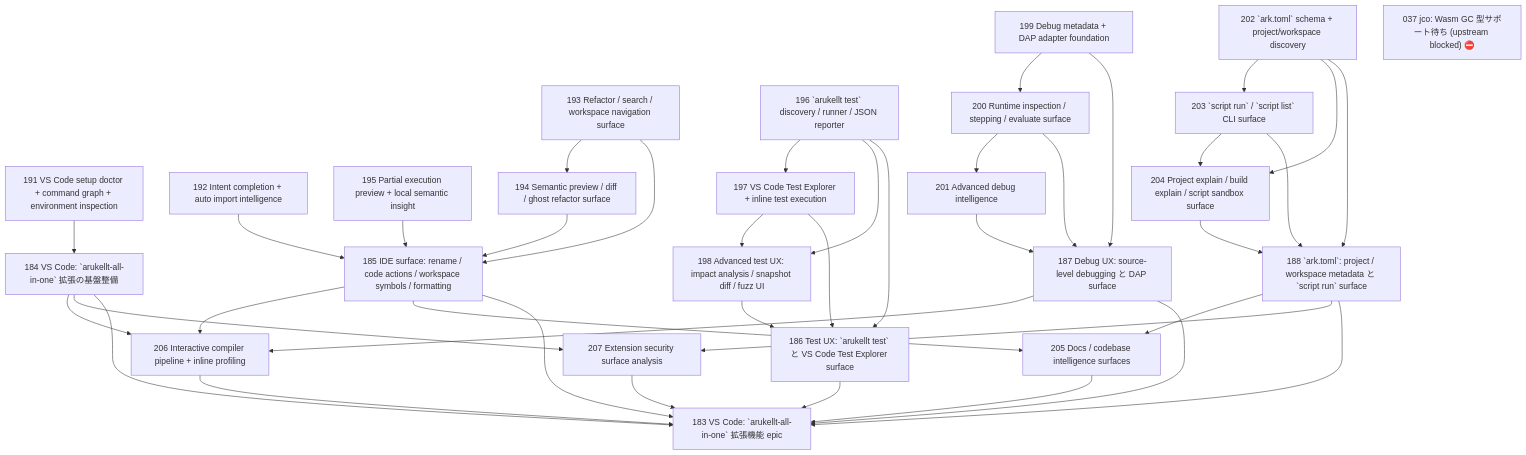
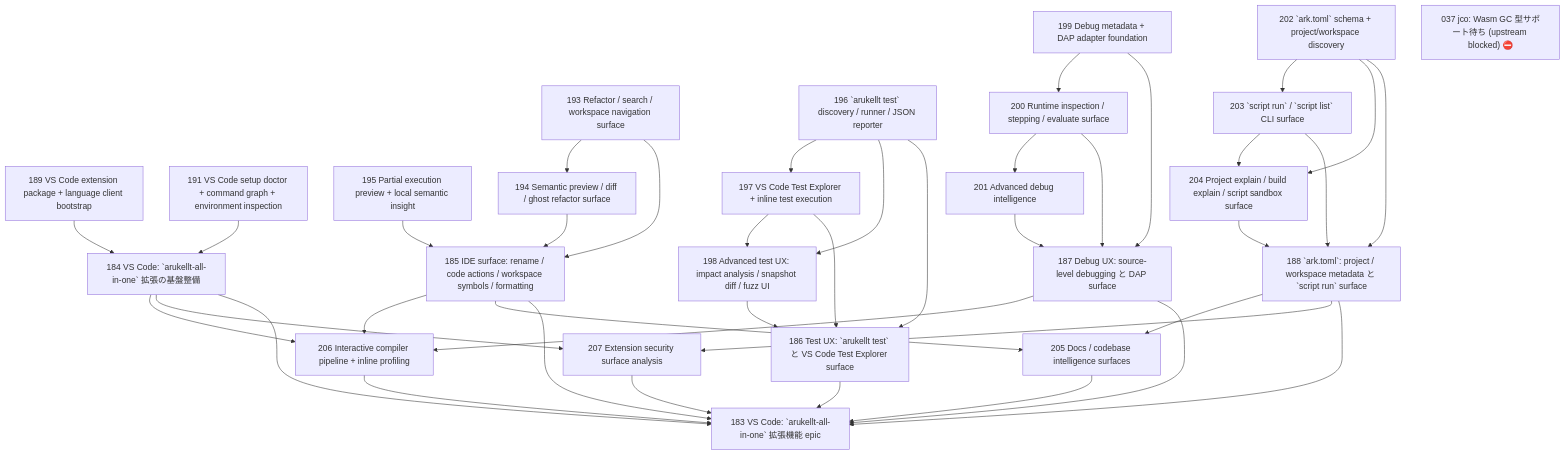
One commit to wogikaze/arukellt changed the diagram in issues/open/dependency-graph.md. Above: the diagram before and after it, drawn with Mermaid. The commit also changed other lines of this file and 4 other files, not shown here.

First line of the commit message:
feat(192): improve LSP completion relevance and import hints

````diff
--- a/issues/open/dependency-graph.md
+++ b/issues/open/dependency-graph.md
@@ -7,65 +7,65 @@
 ```mermaid
 graph TD
+  I189["189 VS Code extension package + language client bootstrap"]
   I191["191 VS Code setup doctor + command graph + environment inspection"]
-  I192["192 Intent completion + auto import intelligence"]
   I193["193 Refactor / search / workspace navigation surface"]
   I195["195 Partial execution preview + local semantic insight"]
   I196["196 `arukellt test` discovery / runner / JSON reporter"]
   I199["199 Debug metadata + DAP adapter foundation"]
   I202["202 `ark.toml` schema + project/workspace discovery"]
   I184["184 VS Code: `arukellt-all-in-one` 拡張の基盤整備"]
   I194["194 Semantic preview / diff / ghost refactor surface"]
   I197["197 VS Code Test Explorer + inline test execution"]
   I200["200 Runtime inspection / stepping / evaluate surface"]
   I203["203 `script run` / `script list` CLI surface"]
   I185["185 IDE surface: rename / code actions / workspace symbols / formatting"]
   I198["198 Advanced test UX: impact analysis / snapshot diff / fuzz UI"]
   I201["201 Advanced debug intelligence"]
   I204["204 Project explain / build explain / script sandbox surface"]
   I186["186 Test UX: `arukellt test` と VS Code Test Explorer surface"]
   I187["187 Debug UX: source-level debugging と DAP surface"]
   I188["188 `ark.toml`: project / workspace metadata と `script run` surface"]
   I206["206 Interactive compiler pipeline + inline profiling"]
   I205["205 Docs / codebase intelligence surfaces"]
   I207["207 Extension security surface analysis"]
   I183["183 VS Code: `arukellt-all-in-one` 拡張機能 epic"]
   I037["037 jco: Wasm GC 型サポート待ち (upstream blocked) ⛔"]
+  I189 --> I184
   I191 --> I184
   I193 --> I194
   I196 --> I197
   I199 --> I200
   I202 --> I203
-  I192 --> I185
   I193 --> I185
   I194 --> I185
   I195 --> I185
   I196 --> I198
   I197 --> I198
   I200 --> I201
   I202 --> I204
   I203 --> I204
   I196 --> I186
   I197 --> I186
   I198 --> I186
   I199 --> I187
   I200 --> I187
   I201 --> I187
   I202 --> I188
   I203 --> I188
   I204 --> I188
   I184 --> I206
   I185 --> I206
   I187 --> I206
   I185 --> I205
   I188 --> I205
   I184 --> I207
   I188 --> I207
   I184 --> I183
   I185 --> I183
   I186 --> I183
   I187 --> I183
   I188 --> I183
   I205 --> I183
   I206 --> I183
   I207 --> I183
 ```
````
